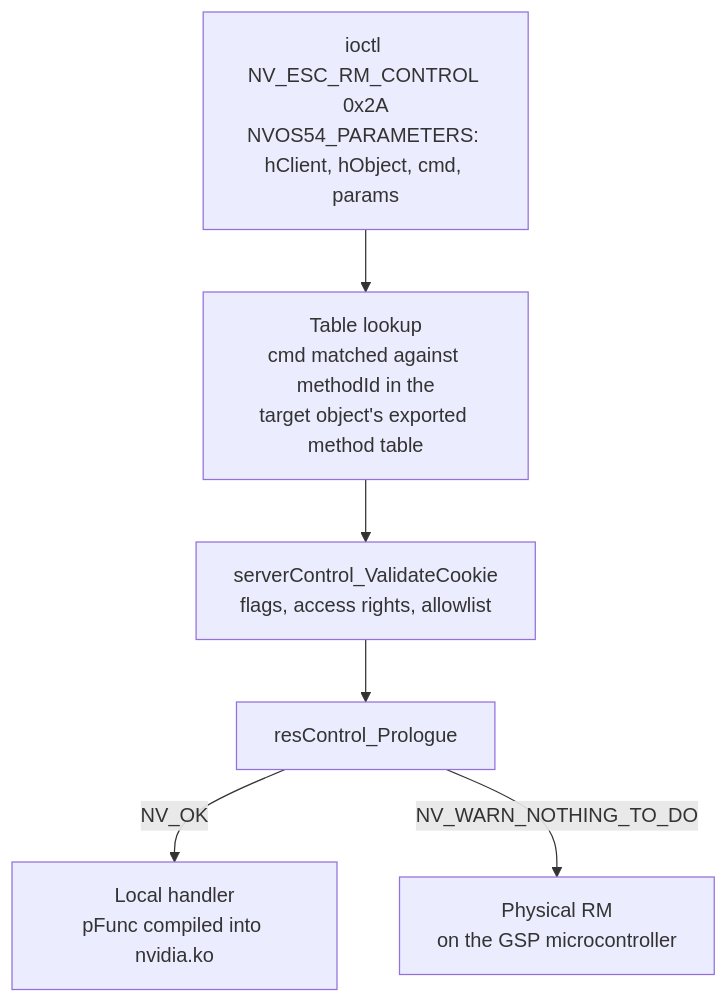
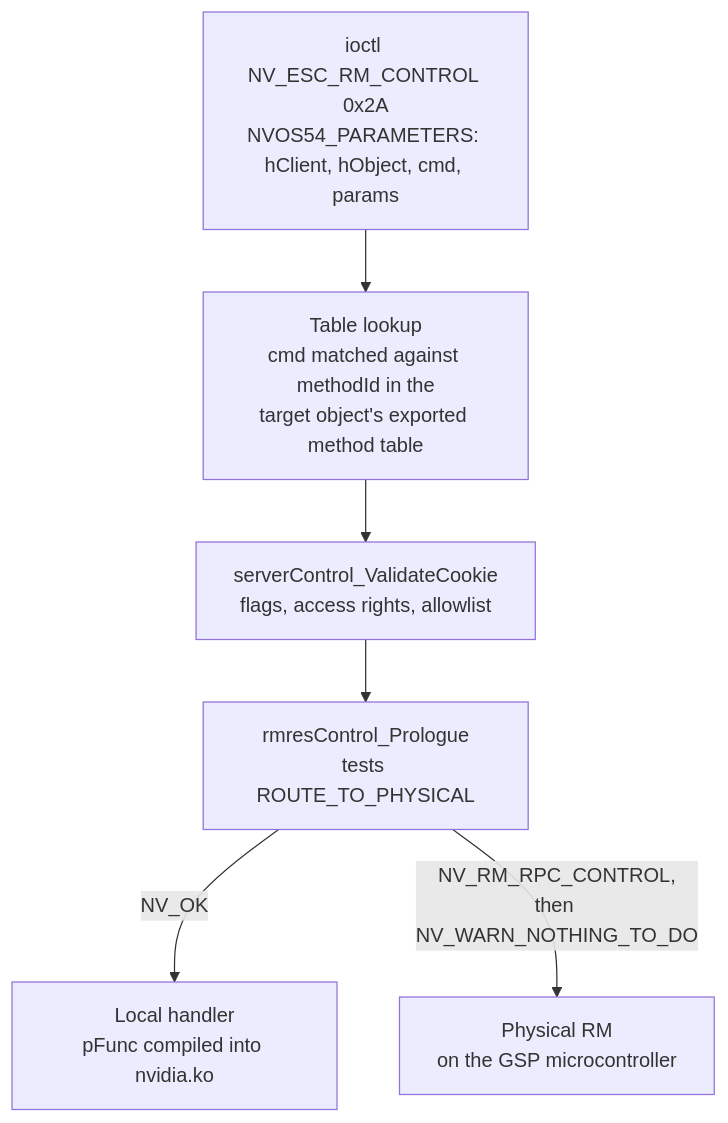
The diagram in docs/src/content/docs/knowledgebase/rm-control-surface.mdx (Indspl0it/gspwn), drawn with Mermaid before and after one commit. The commit also changed other lines of this file and 129 other files, not shown here.

````diff
--- a/docs/src/content/docs/knowledgebase/rm-control-surface.mdx
+++ b/docs/src/content/docs/knowledgebase/rm-control-surface.mdx
@@ -14,15 +14,15 @@
 ```mermaid
 flowchart TB
   IOCTL["ioctl NV_ESC_RM_CONTROL 0x2A<br/>NVOS54_PARAMETERS: hClient, hObject, cmd, params"]
   LOOK["Table lookup<br/>cmd matched against methodId in the<br/>target object's exported method table"]
   COOKIE["serverControl_ValidateCookie<br/>flags, access rights, allowlist"]
-  PROLOG["resControl_Prologue"]
+  PROLOG["rmresControl_Prologue<br/>tests ROUTE_TO_PHYSICAL"]
   LOCAL["Local handler<br/>pFunc compiled into nvidia.ko"]
   GSP["Physical RM<br/>on the GSP microcontroller"]
 
   IOCTL --> LOOK
   LOOK --> COOKIE
   COOKIE --> PROLOG
-  PROLOG -->|NV_OK| LOCAL
-  PROLOG -->|NV_WARN_NOTHING_TO_DO| GSP
+  PROLOG -->|"NV_OK"| LOCAL
+  PROLOG -->|"NV_RM_RPC_CONTROL,<br/>then NV_WARN_NOTHING_TO_DO"| GSP
 ```
````
